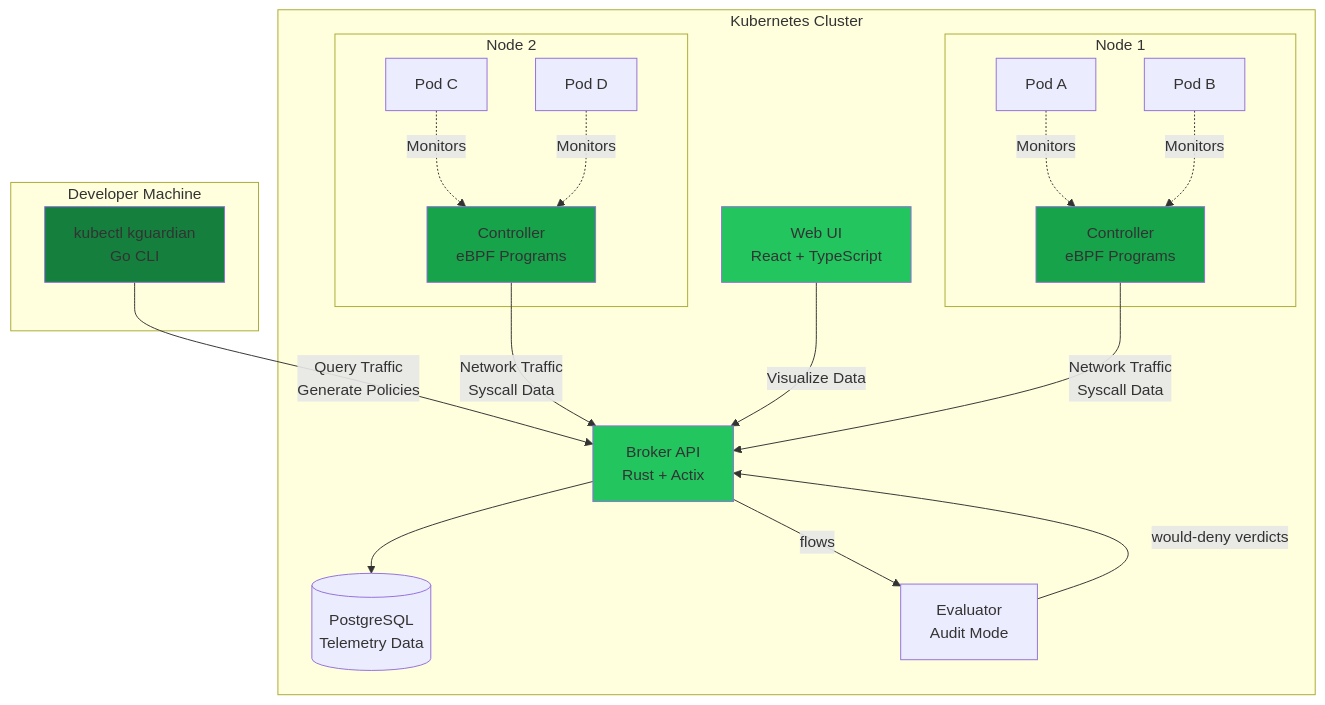
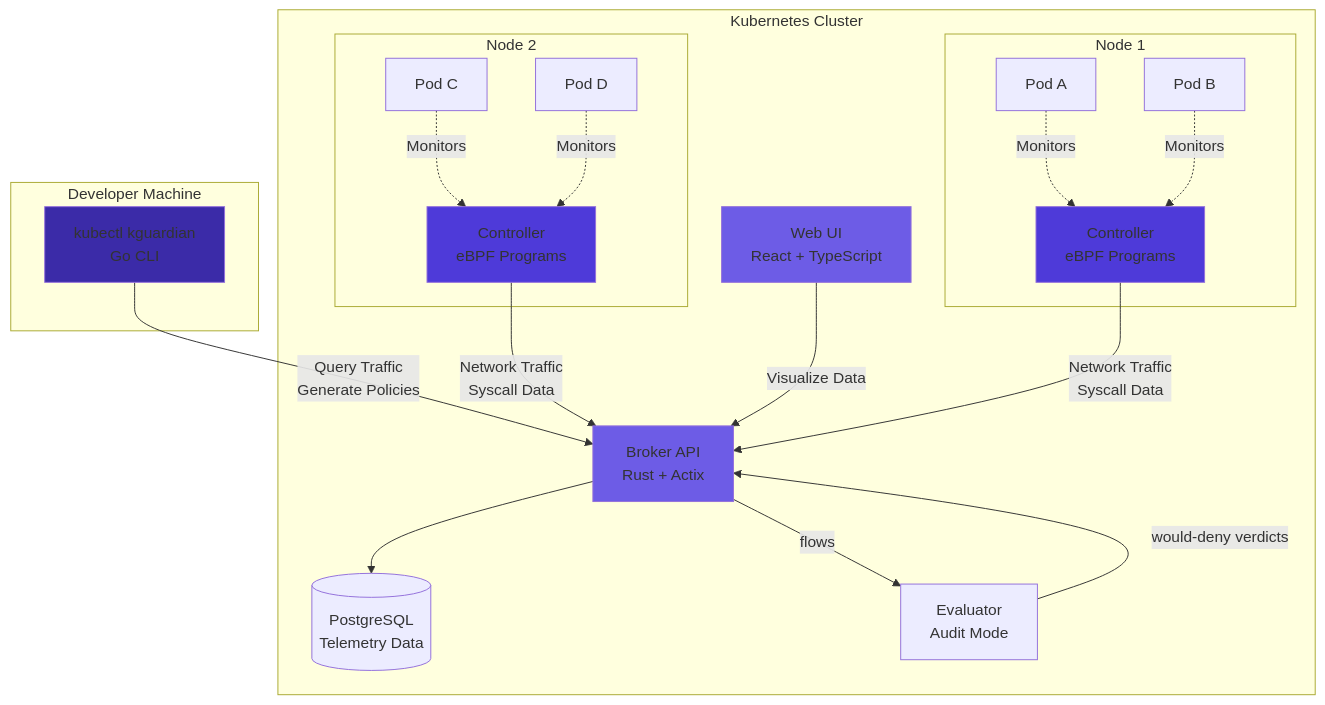
The diagram in docs/architecture.mdx (kguardian-dev/kguardian), drawn with Mermaid before and after one commit. The commit also changed 6 other files, not shown here.

````diff
--- a/docs/architecture.mdx
+++ b/docs/architecture.mdx
@@ -11,44 +11,44 @@
 ```mermaid
 graph TB
     subgraph "Kubernetes Cluster"
         subgraph "Node 1"
             Pod1[Pod A]
             Pod2[Pod B]
             Controller1[Controller<br/>eBPF Programs]
         end
 
         subgraph "Node 2"
             Pod3[Pod C]
             Pod4[Pod D]
             Controller2[Controller<br/>eBPF Programs]
         end
 
         Broker[Broker API<br/>Rust + Actix]
         DB[(PostgreSQL<br/>Telemetry Data)]
         UI[Web UI<br/>React + TypeScript]
         Evaluator[Evaluator<br/>Audit Mode]
     end
 
     subgraph "Developer Machine"
         CLI[kubectl kguardian<br/>Go CLI]
     end
 
     Controller1 -->|Network Traffic<br/>Syscall Data| Broker
     Controller2 -->|Network Traffic<br/>Syscall Data| Broker
     Broker --> DB
     Broker -->|flows| Evaluator
     Evaluator -->|would-deny verdicts| Broker
     CLI -->|Query Traffic<br/>Generate Policies| Broker
     UI -->|Visualize Data| Broker
 
     Pod1 -.->|Monitors| Controller1
     Pod2 -.->|Monitors| Controller1
     Pod3 -.->|Monitors| Controller2
     Pod4 -.->|Monitors| Controller2
 
-    style Controller1 fill:#16A34A
-    style Controller2 fill:#16A34A
-    style Broker fill:#22C55E
-    style CLI fill:#15803D
-    style UI fill:#22C55E
+    style Controller1 fill:#4E3AD9
+    style Controller2 fill:#4E3AD9
+    style Broker fill:#6D5CE6
+    style CLI fill:#3B2BA8
+    style UI fill:#6D5CE6
 ```
````
